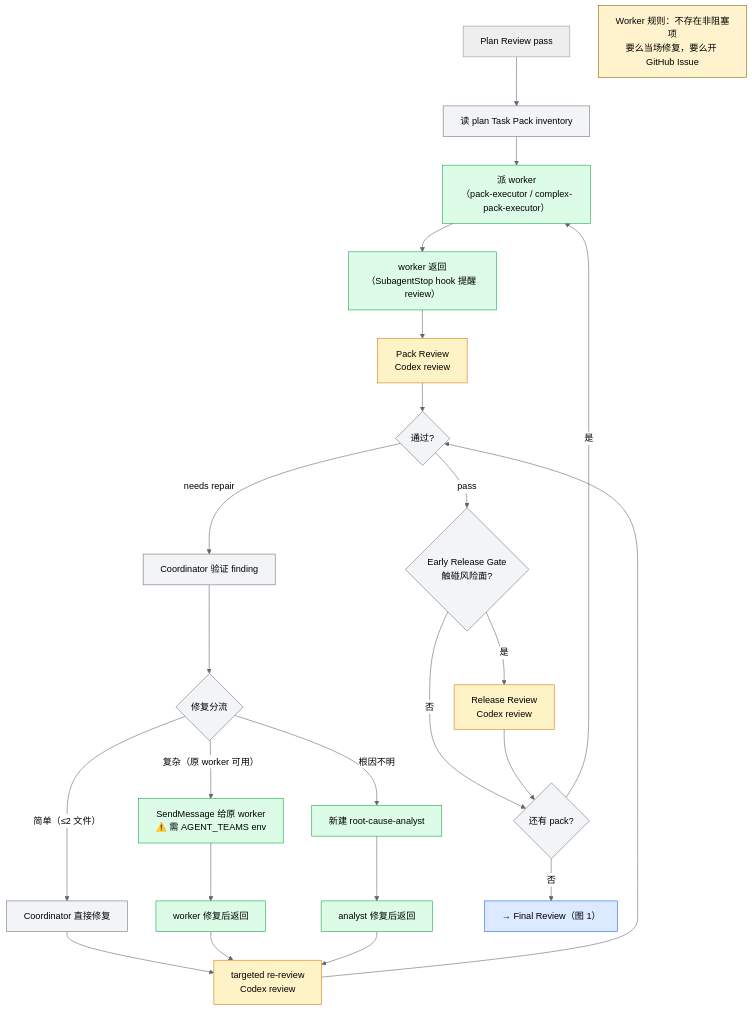
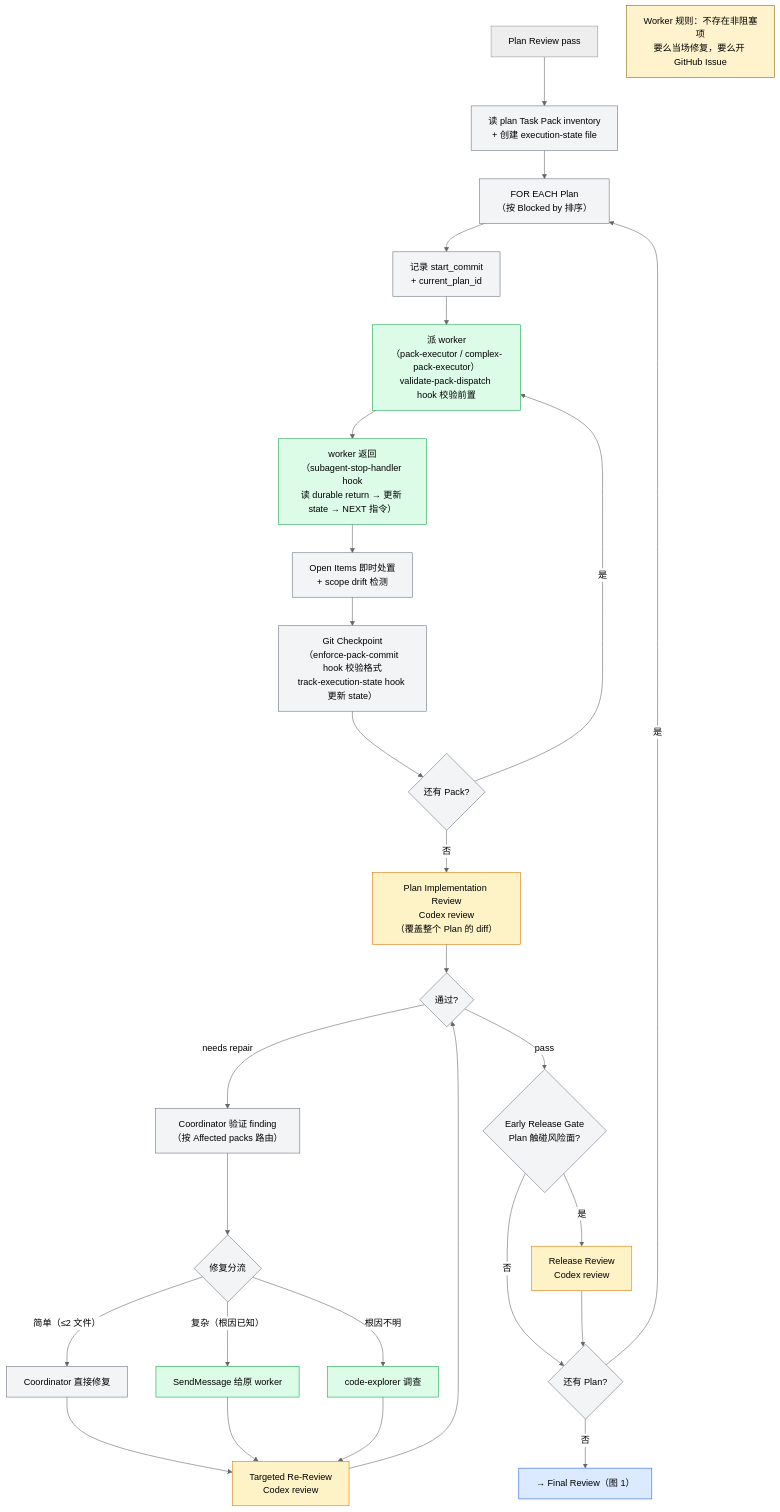
Before and after one commit to chancheuklap/multi-model-workflow: the second of 4 diagrams in plugin-v2/architecture-draft.md, drawn with Mermaid (neutral theme). The commit also changed other lines of this file and 27 other files, not shown here.

First line of the commit message:
refactor: Pack Review → Plan Implementation Review + execution state hooks

````diff
--- a/plugin-v2/architecture-draft.md
+++ b/plugin-v2/architecture-draft.md
@@ -101,37 +101,39 @@
 ```mermaid
 flowchart TD
     classDef skill fill:#dbeafe,stroke:#2563eb
     classDef agent fill:#dcfce7,stroke:#16a34a
     classDef review fill:#fef3c7,stroke:#d97706
     classDef coord fill:#f3f4f6,stroke:#6b7280
-    classDef broken fill:#fee2e2,stroke:#dc2626,stroke-dasharray: 5 5
-    classDef review fill:#fef3c7,stroke:#d97706
 
-    A["Plan Review pass"] --> B["读 plan Task Pack inventory"]:::coord
-    B --> C["派 worker\n（pack-executor / complex-pack-executor）"]:::agent
-    C --> D["worker 返回\n（SubagentStop hook 提醒 review）"]:::agent
-    D --> E["Pack Review\nCodex review"]:::review
-    E --> F{"通过?"}:::coord
-    F -->|"needs repair"| V["Coordinator 验证 finding"]:::coord
+    A["Plan Review pass"] --> B["读 plan Task Pack inventory\n+ 创建 execution-state file"]:::coord
+    B --> PL["FOR EACH Plan\n（按 Blocked by 排序）"]:::coord
+    PL --> SC["记录 start_commit\n+ current_plan_id"]:::coord
+    SC --> C["派 worker\n（pack-executor / complex-pack-executor）\nvalidate-pack-dispatch hook 校验前置"]:::agent
+    C --> D["worker 返回\n（subagent-stop-handler hook\n读 durable return → 更新 state → NEXT 指令）"]:::agent
+    D --> OI["Open Items 即时处置\n+ scope drift 检测"]:::coord
+    OI --> GC["Git Checkpoint\n（enforce-pack-commit hook 校验格式\ntrack-execution-state hook 更新 state）"]:::coord
+    GC --> MORE{"还有 Pack?"}:::coord
+    MORE -->|"是"| C
+    MORE -->|"否"| PIR["Plan Implementation Review\nCodex review\n（覆盖整个 Plan 的 diff）"]:::review
+    PIR --> F{"通过?"}:::coord
+    F -->|"needs repair"| V["Coordinator 验证 finding\n（按 Affected packs 路由）"]:::coord
     V --> T{"修复分流"}:::coord
     T -->|"简单（≤2 文件）"| S["Coordinator 直接修复"]:::coord
-    T -->|"复杂（原 worker 可用）"| R["SendMessage 给原 worker\n⚠️ 需 AGENT_TEAMS env"]:::agent
-    T -->|"根因不明"| RCA["新建 root-cause-analyst"]:::agent
-    S --> RE["targeted re-review\nCodex review"]:::review
-    R --> D2["worker 修复后返回"]:::agent
-    D2 --> RE
-    RCA --> D3["analyst 修复后返回"]:::agent
-    D3 --> RE
+    T -->|"复杂（根因已知）"| R["SendMessage 给原 worker"]:::agent
+    T -->|"根因不明"| RCA["code-explorer 调查"]:::agent
+    S --> RE["Targeted Re-Review\nCodex review"]:::review
+    R --> RE
+    RCA --> RE
     RE --> F
 
-    F -->|"pass"| RG{"Early Release Gate\n触碰风险面?"}:::coord
+    F -->|"pass"| RG{"Early Release Gate\nPlan 触碰风险面?"}:::coord
     RG -->|"是"| RGR["Release Review\nCodex review"]:::review
-    RG -->|"否"| J
-    RGR --> J
-    J{"还有 pack?"}:::coord
-    J -->|"是"| C
-    J -->|"否"| K["→ Final Review（图 1）"]:::skill
+    RG -->|"否"| NP
+    RGR --> NP
+    NP{"还有 Plan?"}:::coord
+    NP -->|"是"| PL
+    NP -->|"否"| K["→ Final Review（图 1）"]:::skill
 
     RULE["Worker 规则：不存在非阻塞项\n要么当场修复，要么开 GitHub Issue"]
     style RULE fill:#fff3cd,stroke:#856404
 ```
````
